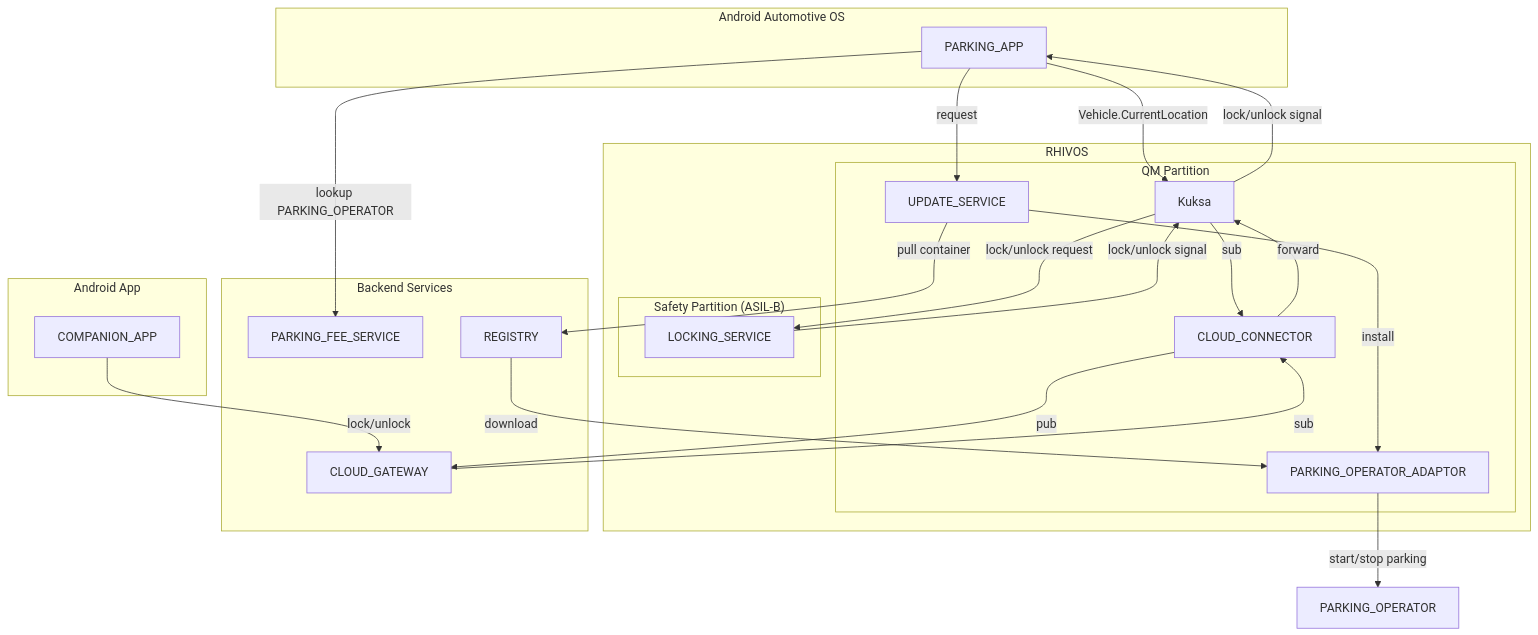
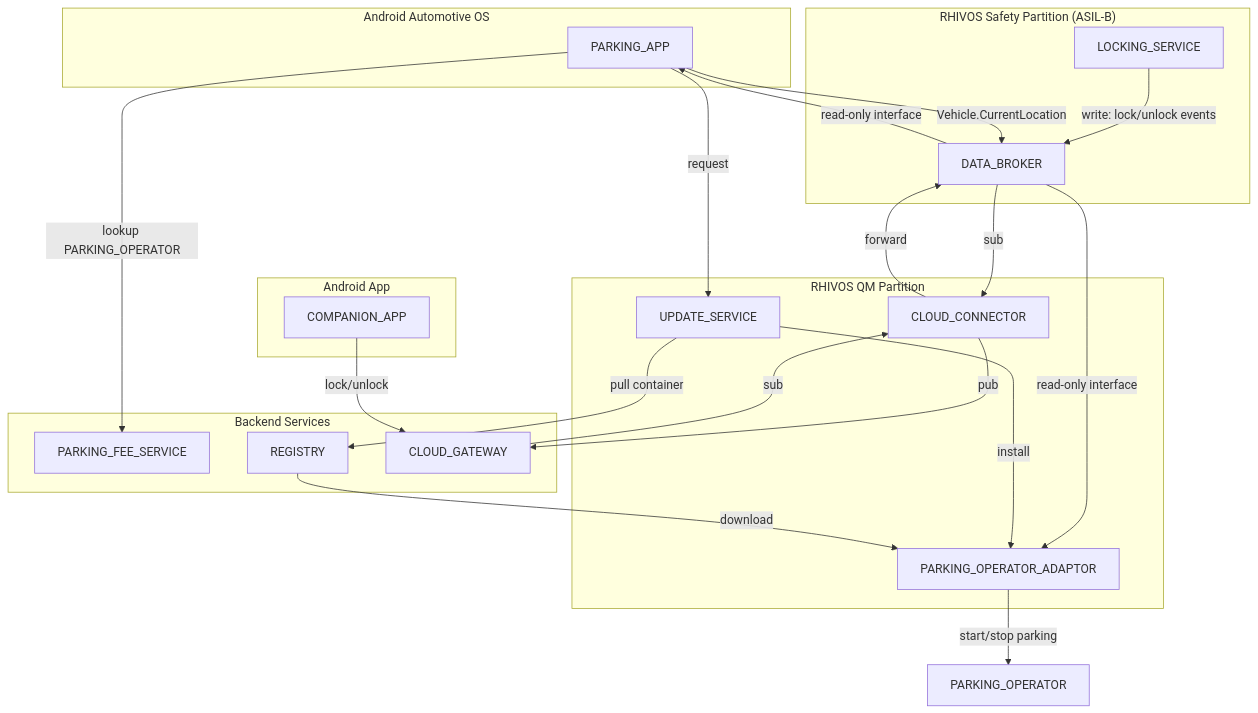
One commit to rhadp/parking-fee-service changed the diagram in prd.md. Above: the diagram before and after it, drawn with Mermaid. The commit also changed other lines of this file and 1 other file, not shown here.

````diff
--- a/prd.md
+++ b/prd.md
@@ -91,51 +88,49 @@
 ```mermaid
 flowchart TD
 subgraph AAOS["Android Automotive OS"]
 	ParkingApp["PARKING_APP"]
 end
 
 subgraph Android["Android App"]
 	CompanionApp["COMPANION_APP"]
 end
 
-subgraph RHIVOS["RHIVOS"]
-	subgraph QM["QM Partition"]
-		Adaptor["PARKING_OPERATOR_ADAPTOR"]
-    CloudConnector["CLOUD_CONNECTOR"]
-    FOD["UPDATE_SERVICE"]
-    DataBroker["Kuksa"]
-	end
-	
-	subgraph Safety["Safety Partition (ASIL-B)"]
-		LockingService["LOCKING_SERVICE"]
-	end
+subgraph RHIVOS_Safety["RHIVOS Safety Partition (ASIL-B)"]
+  LockingService["LOCKING_SERVICE"]
+  DataBroker["DATA_BROKER"]
+end
+
+subgraph RHIVOS_QM["RHIVOS QM Partition"]
+  Adaptor["PARKING_OPERATOR_ADAPTOR"]
+  CloudConnector["CLOUD_CONNECTOR"]
+  UpdateService["UPDATE_SERVICE"]
 end
 
 subgraph Cloud["Backend Services"]
   ParkingFeeService["PARKING_FEE_SERVICE"]
   Registry["REGISTRY"]
   CloudGateway["CLOUD_GATEWAY"]
 end
 
 CompanionApp --> |"lock/unlock"| CloudGateway
 
 CloudConnector --> |pub| CloudGateway --> |sub| CloudConnector
 CloudConnector --> |forward| DataBroker --> |sub| CloudConnector
 
-DataBroker --> |"lock/unlock request"| LockingService
-DataBroker --> |"lock/unlock signal"| ParkingApp
+DataBroker -->|"read-only interface"| ParkingApp
+DataBroker -->|"read-only interface"| Adaptor
 
-LockingService --> |"lock/unlock signal"| DataBroker
+LockingService -->|"write: lock/unlock events"| DataBroker
 
 ParkingApp --> |"Vehicle.CurrentLocation"| DataBroker
 ParkingApp --> |"lookup PARKING_OPERATOR"| ParkingFeeService
-ParkingApp --> |request| FOD
+ParkingApp --> |request| UpdateService
 
-FOD --> |pull container| Registry
-FOD --> |install| Adaptor
+UpdateService --> |pull container| Registry
+UpdateService --> |install| Adaptor
 
 Registry --> |download| Adaptor
 
 Adaptor --> |"start/stop parking"| PARKING_OPERATOR
 
 ```
````
